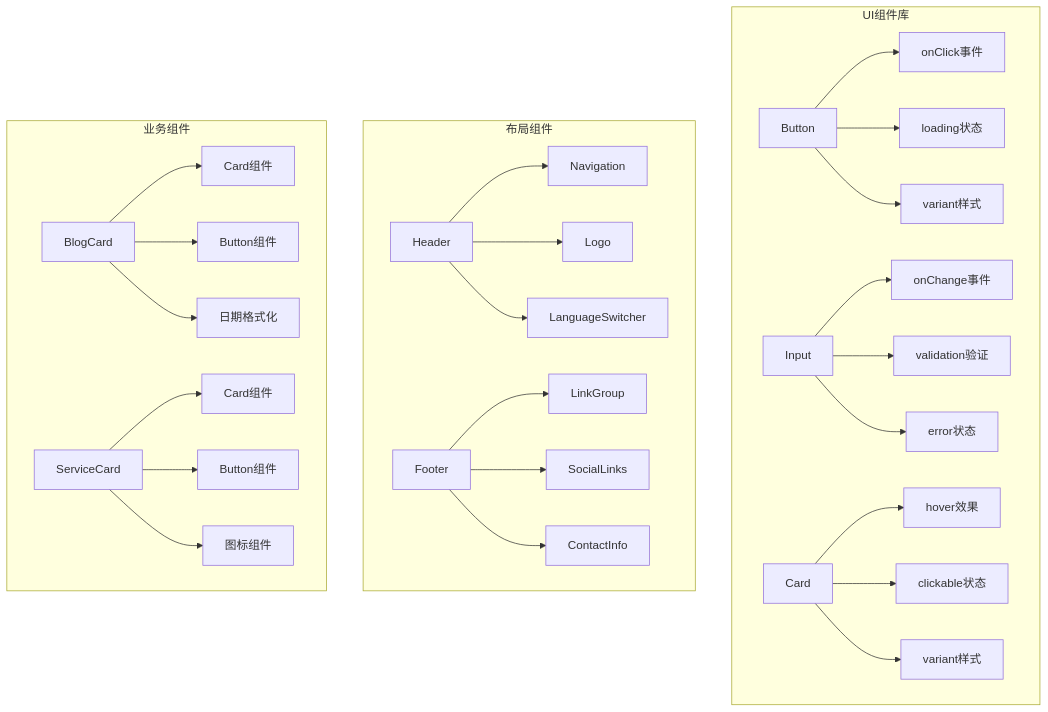
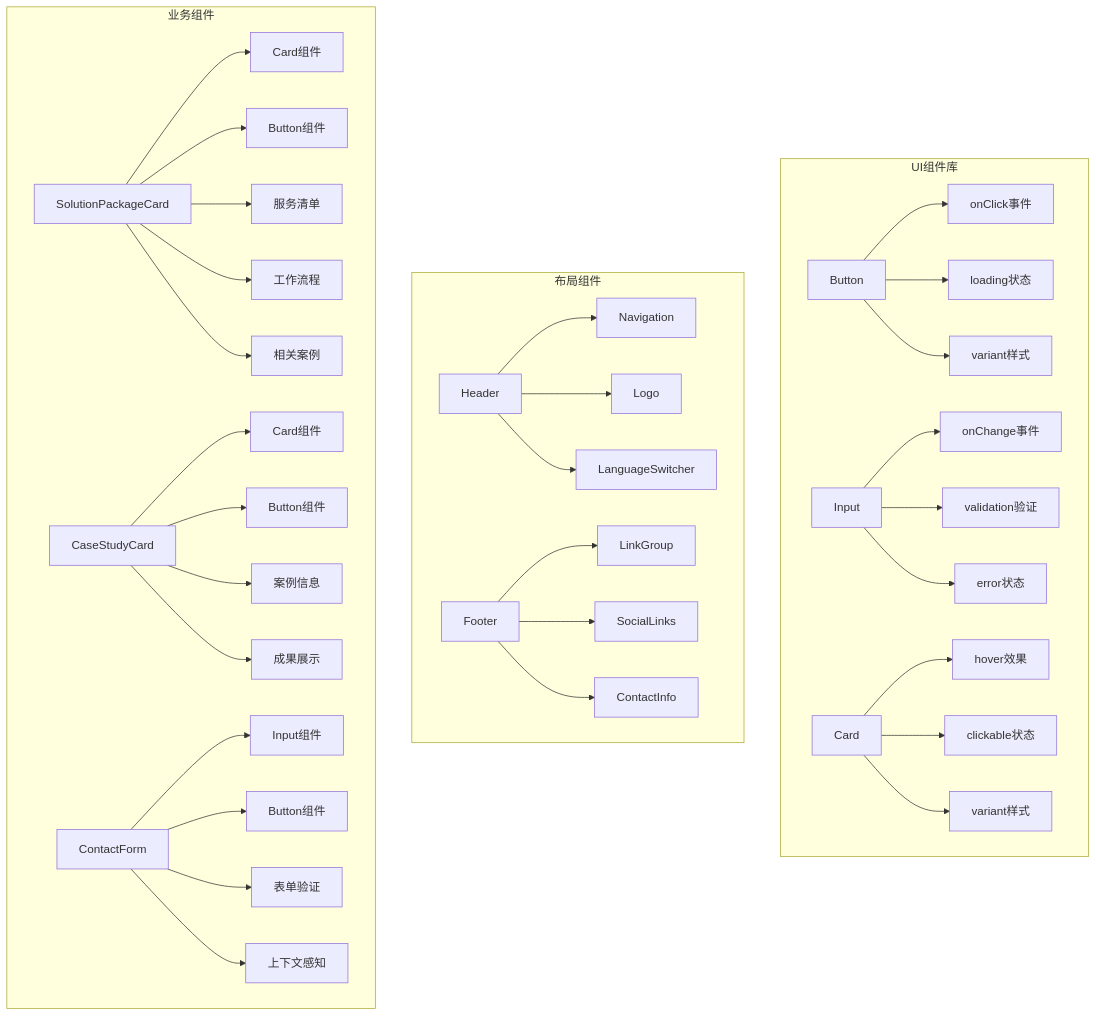
One commit to GItHub-Liu1996/web6 changed the third of 14 diagrams in docs/CODE_ARCHITECTURE.md. Above: the diagram before and after it, drawn with Mermaid. The commit also changed other lines of this file and 2 other files, not shown here.

First line of the commit message:
docs: 更新代码架构和交互拓扑图文档

````diff
--- a/docs/CODE_ARCHITECTURE.md
+++ b/docs/CODE_ARCHITECTURE.md
@@ -198,36 +239,44 @@
 ```mermaid
 graph TD
     subgraph "UI组件库"
         A[Button] --> B[onClick事件]
         A --> C[loading状态]
         A --> D[variant样式]
         
         E[Input] --> F[onChange事件]
         E --> G[validation验证]
         E --> H[error状态]
         
         I[Card] --> J[hover效果]
         I --> K[clickable状态]
         I --> L[variant样式]
     end
     
     subgraph "布局组件"
         M[Header] --> N[Navigation]
         M --> O[Logo]
         M --> P[LanguageSwitcher]
         
         Q[Footer] --> R[LinkGroup]
         Q --> S[SocialLinks]
         Q --> T[ContactInfo]
     end
     
     subgraph "业务组件"
-        U[BlogCard] --> V[Card组件]
+        U[SolutionPackageCard] --> V[Card组件]
         U --> W[Button组件]
-        U --> X[日期格式化]
+        U --> X[服务清单]
+        U --> Y[工作流程]
+        U --> Z[相关案例]
         
-        Y[ServiceCard] --> Z[Card组件]
-        Y --> AA[Button组件]
-        Y --> BB[图标组件]
+        AA[CaseStudyCard] --> BB[Card组件]
+        AA --> CC[Button组件]
+        AA --> DD[案例信息]
+        AA --> EE[成果展示]
+        
+        FF[ContactForm] --> GG[Input组件]
+        FF --> HH[Button组件]
+        FF --> II[表单验证]
+        FF --> JJ[上下文感知]
     end
 ```
````
